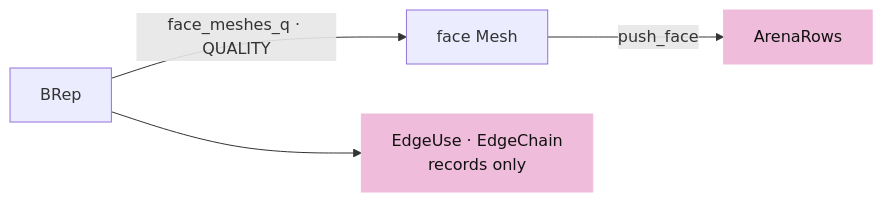
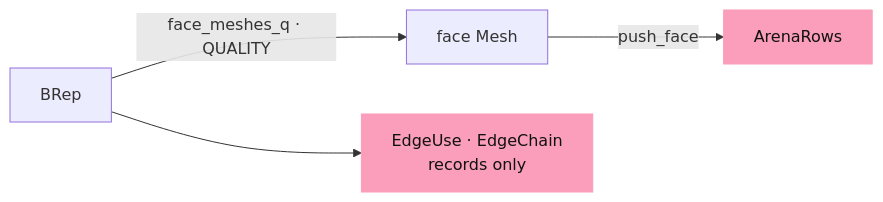
Before and after one commit to petrasvestartas/session: the tenth of 14 diagrams in session_viewer/docs/06-cad-contract.md, drawn with Mermaid. The commit also changed other lines of this file and 328 other files, not shown here.

First line of the commit message:
Course: the palette you sent, and mermaid drawn like the drawings

````diff
--- a/session_viewer/docs/06-cad-contract.md
+++ b/session_viewer/docs/06-cad-contract.md
@@ -274,8 +274,8 @@
 ```mermaid
 flowchart LR
     B["BRep"] -- "face_meshes_q · QUALITY" --> F["face Mesh"]
     F -- "push_face" --> A["ArenaRows"]
     B --> E["EdgeUse · EdgeChain<br/>records only"]
-    style A fill:#f0bcdb,stroke:#f0bcdb,color:#111
-    style E fill:#f0bcdb,stroke:#f0bcdb,color:#111
+    style A fill:#fa9ebc,stroke:#fa9ebc,color:#111
+    style E fill:#fa9ebc,stroke:#fa9ebc,color:#111
 ```
````
